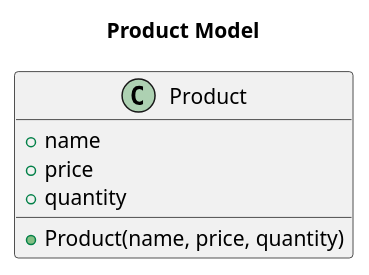
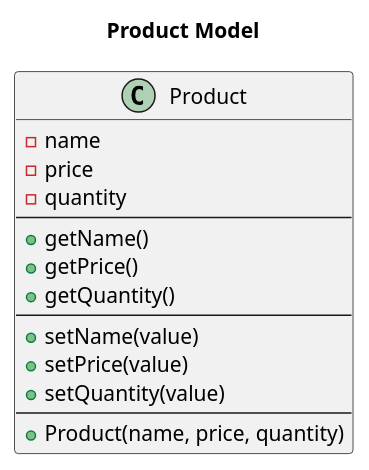
One commit to zcomert/btk-akademi-nesne-yonelimli-programlama changed the diagram in Python/chapter_04_01_productmodel.wsd. Above: the diagram before and after it, drawn with PlantUML. The commit also changed 1 other file, not shown here.

```diff
--- a/Python/chapter_04_01_productmodel.wsd
+++ b/Python/chapter_04_01_productmodel.wsd
@@ -1,9 +1,18 @@
 @startuml Class Diagram
 title Product Model
 class Product{
-    +name
-    +price
-    +quantity
+    -name
+    -price
+    -quantity
+    --
+    +getName()
+    +getPrice()
+    +getQuantity()
+    --
+    +setName(value)
+    +setPrice(value)
+    +setQuantity(value)
+    --
     +Product(name, price, quantity)
 }
 @enduml
```
